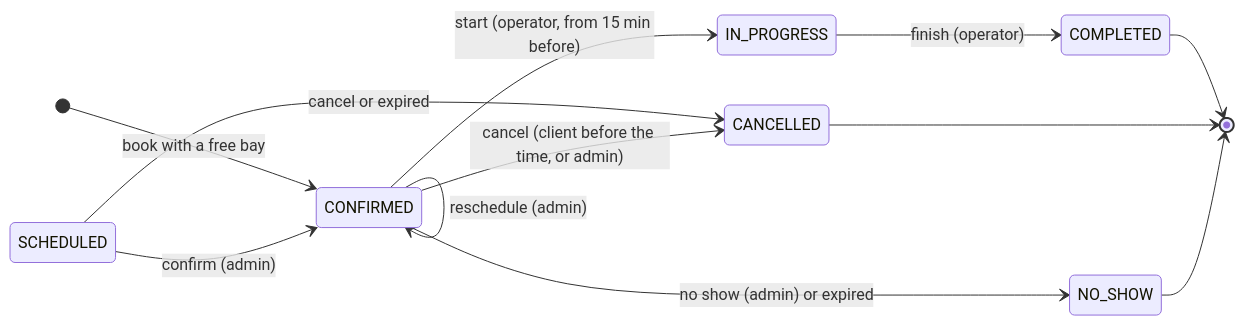
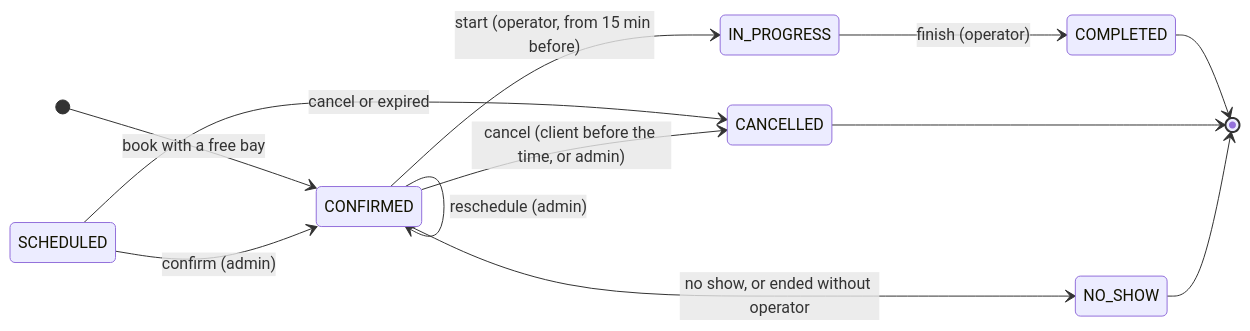
Before and after one commit to BrayanCABRERA123/lavarapido-docs: the fourth of 4 diagrams in 10_ARTICULO_DEL_PROYECTO/MD/articulo-del-proyecto-apa7.md, drawn with Mermaid. The commit also changed other lines of this file and 2 other files, not shown here.

Commit message:
docs(article): update the APA7 article with the corrected expired bookings rule and the 707 tests

````diff
--- a/10_ARTICULO_DEL_PROYECTO/MD/articulo-del-proyecto-apa7.md
+++ b/10_ARTICULO_DEL_PROYECTO/MD/articulo-del-proyecto-apa7.md
@@ -693,15 +693,15 @@
 ```mermaid
 stateDiagram-v2
     direction LR
     [*] --> CONFIRMED : book with a free bay
     SCHEDULED --> CONFIRMED : confirm (admin)
     SCHEDULED --> CANCELLED : cancel or expired
     CONFIRMED --> CONFIRMED : reschedule (admin)
     CONFIRMED --> IN_PROGRESS : start (operator, from 15 min before)
     CONFIRMED --> CANCELLED : cancel (client before the time, or admin)
-    CONFIRMED --> NO_SHOW : no show (admin) or expired
+    CONFIRMED --> NO_SHOW : no show, or ended without operator
     IN_PROGRESS --> COMPLETED : finish (operator)
     COMPLETED --> [*]
     CANCELLED --> [*]
     NO_SHOW --> [*]
 ```
````
